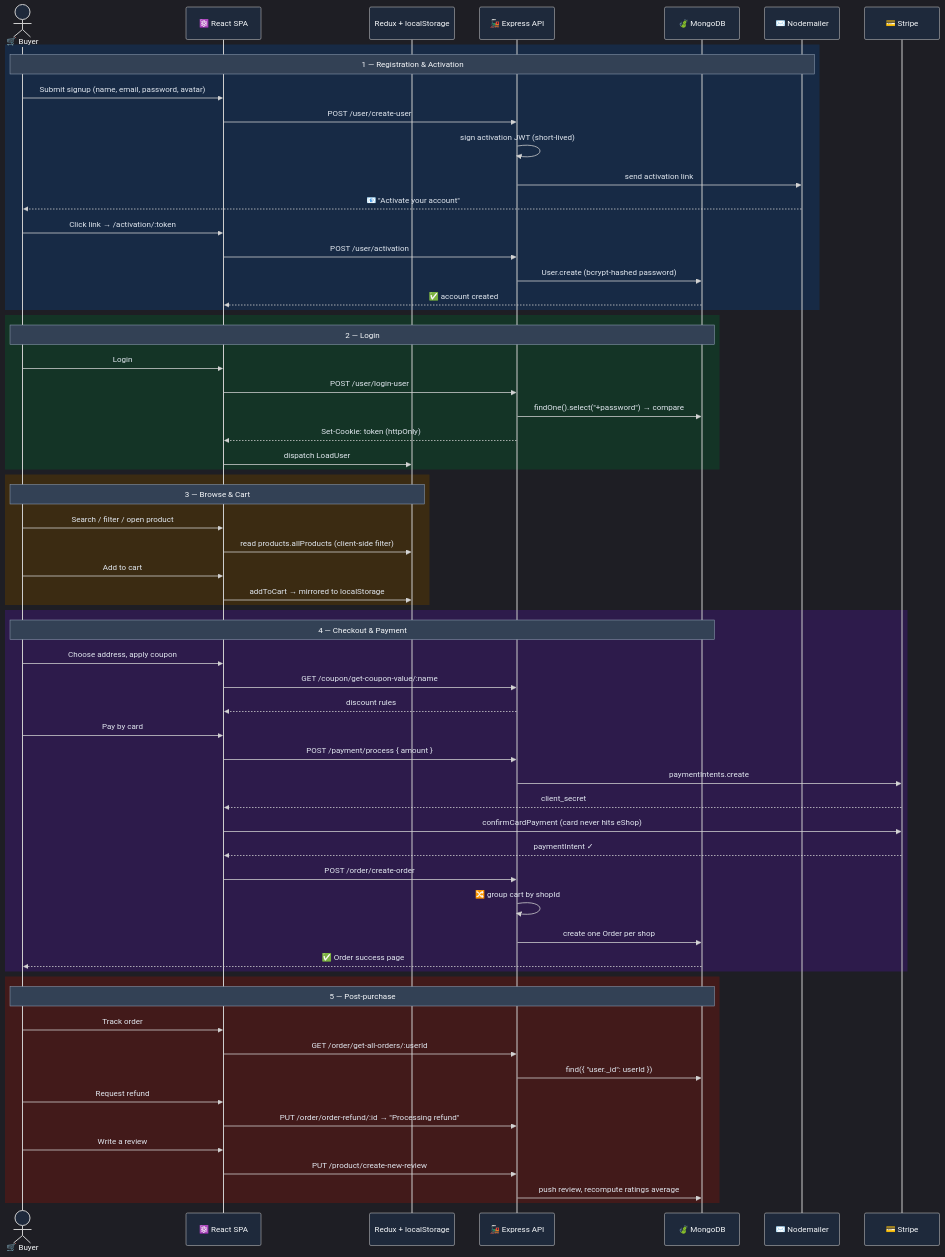
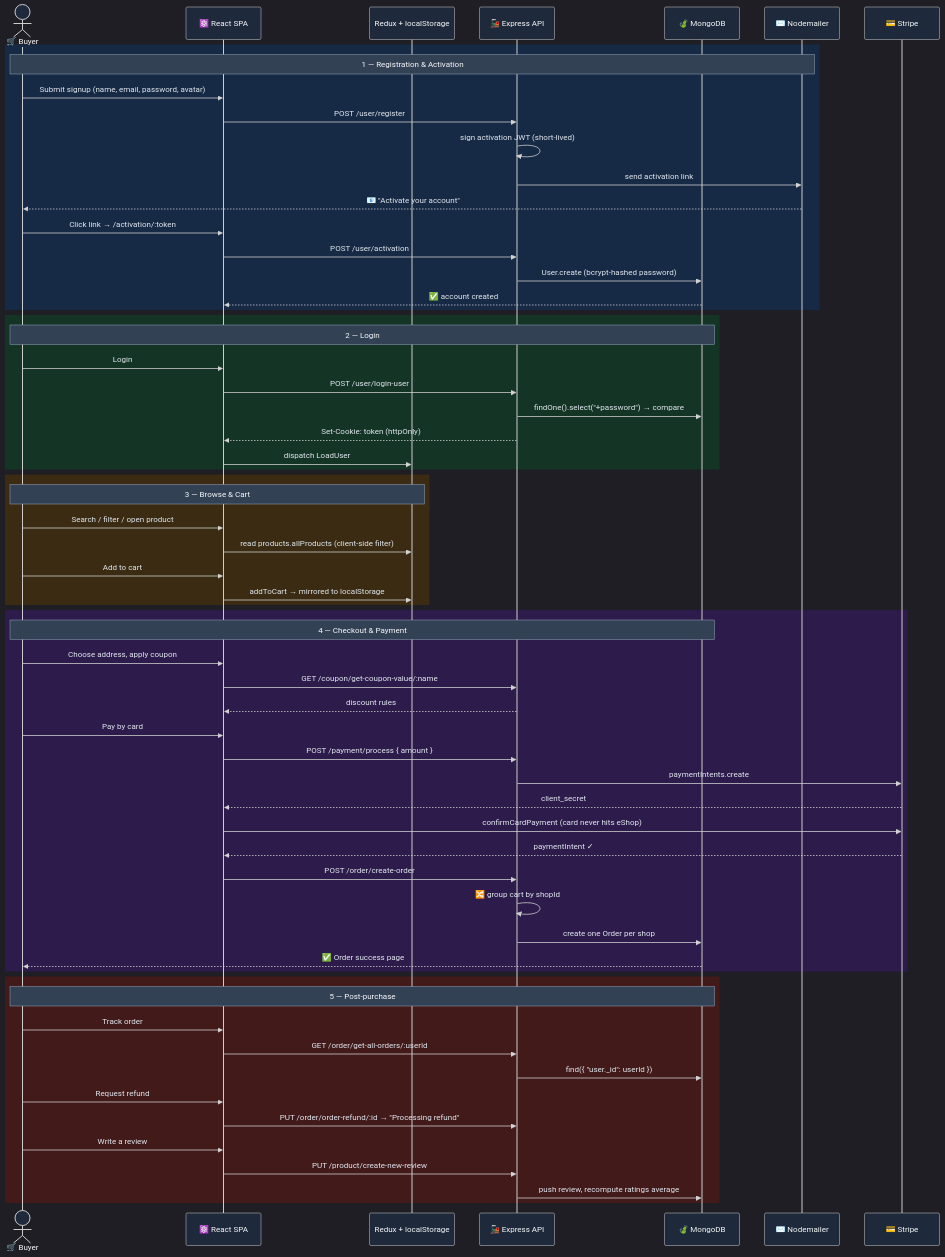
Diagram 12 of 16 in README.md (5arimNadeem/eShop), drawn with Mermaid before and after one commit. The commit also changed other lines of this file and 4 other files, not shown here.

Commit message:
change route name from /create-user to /register

````diff
--- a/README.md
+++ b/README.md
@@ -904,70 +904,70 @@
 ```mermaid
 %%{init: {'theme':'dark','themeVariables':{'fontSize':'15px','textColor':'#e2e8f0','primaryTextColor':'#f8fafc','lineColor':'#94a3b8','clusterBkg':'#0f172a','clusterBorder':'#475569','noteBkgColor':'#334155','noteTextColor':'#f8fafc','noteBorderColor':'#94a3b8','actorBkg':'#1e293b','actorTextColor':'#f8fafc','signalTextColor':'#e2e8f0','labelBoxBkgColor':'#334155','labelTextColor':'#f8fafc','loopTextColor':'#f8fafc'}}}%%
 sequenceDiagram
     actor U as 🛒 Buyer
     participant F as ⚛️ React SPA
     participant R as Redux + localStorage
     participant API as 🚂 Express API
     participant DB as 🍃 MongoDB
     participant M as ✉️ Nodemailer
     participant ST as 💳 Stripe
 
     rect rgb(23, 42, 69)
     Note over U,M: 1 — Registration & Activation
     U->>F: Submit signup (name, email, password, avatar)
-    F->>API: POST /user/create-user
+    F->>API: POST /user/register
     API->>API: sign activation JWT (short-lived)
     API->>M: send activation link
     M-->>U: 📧 "Activate your account"
     U->>F: Click link → /activation/:token
     F->>API: POST /user/activation
     API->>DB: User.create (bcrypt-hashed password)
     DB-->>F: ✅ account created
     end
 
     rect rgb(20, 52, 38)
     Note over U,DB: 2 — Login
     U->>F: Login
     F->>API: POST /user/login-user
     API->>DB: findOne().select("+password") → compare
     API-->>F: Set-Cookie: token (httpOnly)
     F->>R: dispatch LoadUser
     end
 
     rect rgb(59, 43, 18)
     Note over U,R: 3 — Browse & Cart
     U->>F: Search / filter / open product
     F->>R: read products.allProducts (client-side filter)
     U->>F: Add to cart
     F->>R: addToCart → mirrored to localStorage
     end
 
     rect rgb(45, 27, 75)
     Note over U,DB: 4 — Checkout & Payment
     U->>F: Choose address, apply coupon
     F->>API: GET /coupon/get-coupon-value/:name
     API-->>F: discount rules
     U->>F: Pay by card
     F->>API: POST /payment/process { amount }
     API->>ST: paymentIntents.create
     ST-->>F: client_secret
     F->>ST: confirmCardPayment (card never hits eShop)
     ST-->>F: paymentIntent ✓
     F->>API: POST /order/create-order
     API->>API: 🔀 group cart by shopId
     API->>DB: create one Order per shop
     DB-->>U: ✅ Order success page
     end
 
     rect rgb(66, 26, 26)
     Note over U,DB: 5 — Post-purchase
     U->>F: Track order
     F->>API: GET /order/get-all-orders/:userId
     API->>DB: find({ "user._id": userId })
     U->>F: Request refund
     F->>API: PUT /order/order-refund/:id → "Processing refund"
     U->>F: Write a review
     F->>API: PUT /product/create-new-review
     API->>DB: push review, recompute ratings average
     end
 ```
````
